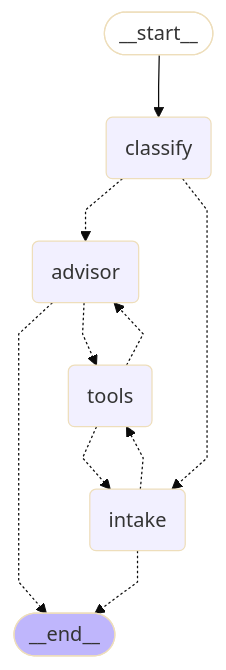
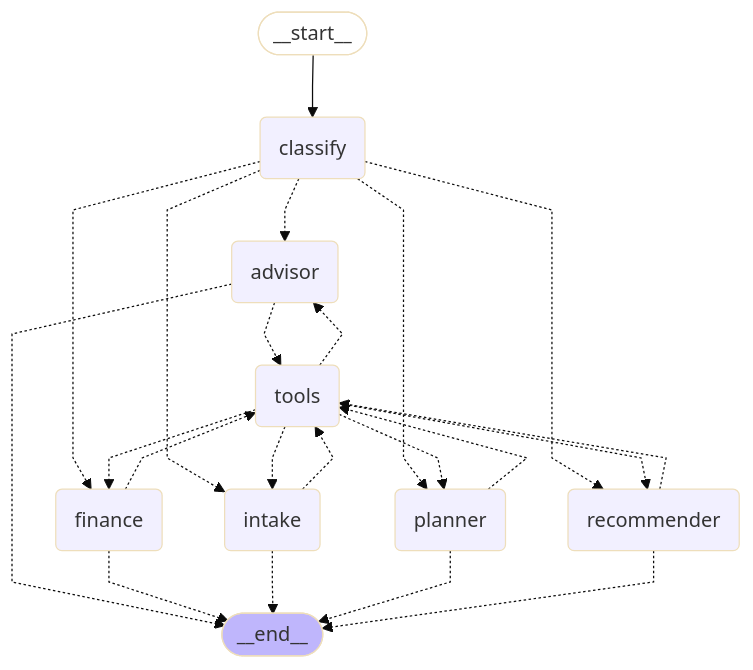
One commit to Sefayet-Alam/UNKNOWNS_AgriSense changed the diagram in docs/agent_graph.mmd. Above: the diagram before and after it, drawn with Mermaid (base theme). The commit also changed 1 other file, not shown here.

Commit message:
docs: regenerate agent graph render (6 nodes: + planner, finance)

```diff
--- a/docs/agent_graph.mmd
+++ b/docs/agent_graph.mmd
@@ -1,24 +1,39 @@
 ---
 config:
   flowchart:
     curve: linear
 ---
 graph TD;
 	__start__([<p>__start__</p>]):::first
 	classify(classify)
 	intake(intake)
 	advisor(advisor)
+	recommender(recommender)
+	planner(planner)
+	finance(finance)
 	tools(tools)
 	__end__([<p>__end__</p>]):::last
 	__start__ --> classify;
 	advisor -.-> __end__;
 	advisor -.-> tools;
 	classify -.-> advisor;
+	classify -.-> finance;
 	classify -.-> intake;
+	classify -.-> planner;
+	classify -.-> recommender;
+	finance -.-> __end__;
+	finance -.-> tools;
 	intake -.-> __end__;
 	intake -.-> tools;
+	planner -.-> __end__;
+	planner -.-> tools;
+	recommender -.-> __end__;
+	recommender -.-> tools;
 	tools -.-> advisor;
+	tools -.-> finance;
 	tools -.-> intake;
+	tools -.-> planner;
+	tools -.-> recommender;
 	classDef default fill:#f2f0ff,line-height:1.2
 	classDef first fill-opacity:0
 	classDef last fill:#bfb6fc
```
